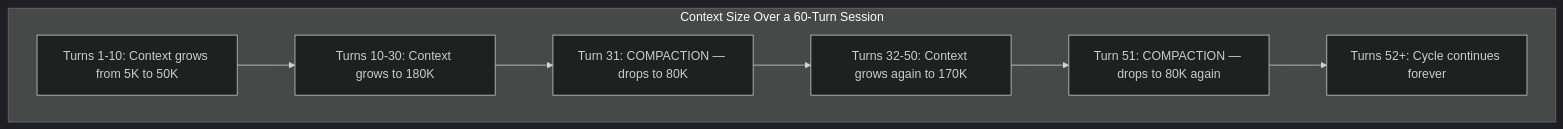
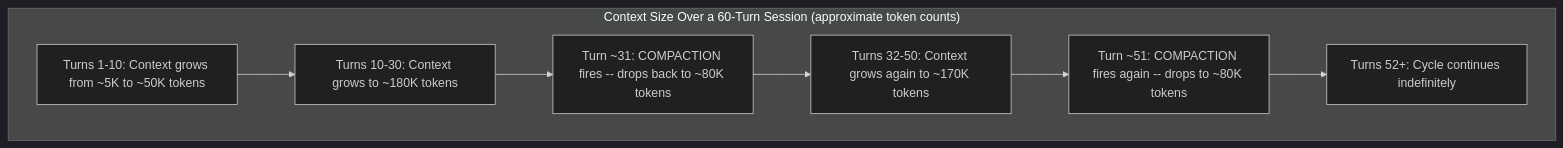
Before and after one commit to 2kages/agent-learning: the seventh of 8 diagrams in README.md, drawn with Mermaid (dark theme). The commit also changed other lines of this file and 2 other files, not shown here.

````diff
--- a/README.md
+++ b/README.md
@@ -209,14 +301,14 @@
 ```mermaid
 flowchart TD
-    subgraph TIMELINE ["Context Size Over a 60-Turn Session"]
+    subgraph TIMELINE ["Context Size Over a 60-Turn Session (approximate token counts)"]
         direction LR
-        T1["Turns 1-10: Context grows from 5K to 50K"]
-        T2["Turns 10-30: Context grows to 180K"]
-        T3["Turn 31: COMPACTION — drops to 80K"]
-        T4["Turns 32-50: Context grows again to 170K"]
-        T5["Turn 51: COMPACTION — drops to 80K again"]
-        T6["Turns 52+: Cycle continues forever"]
+        T1["Turns 1-10: Context grows from ~5K to ~50K tokens"]
+        T2["Turns 10-30: Context grows to ~180K tokens"]
+        T3["Turn ~31: COMPACTION fires -- drops back to ~80K tokens"]
+        T4["Turns 32-50: Context grows again to ~170K tokens"]
+        T5["Turn ~51: COMPACTION fires again -- drops to ~80K tokens"]
+        T6["Turns 52+: Cycle continues indefinitely"]
 
         T1 --> T2 --> T3 --> T4 --> T5 --> T6
     end
 ```
````
